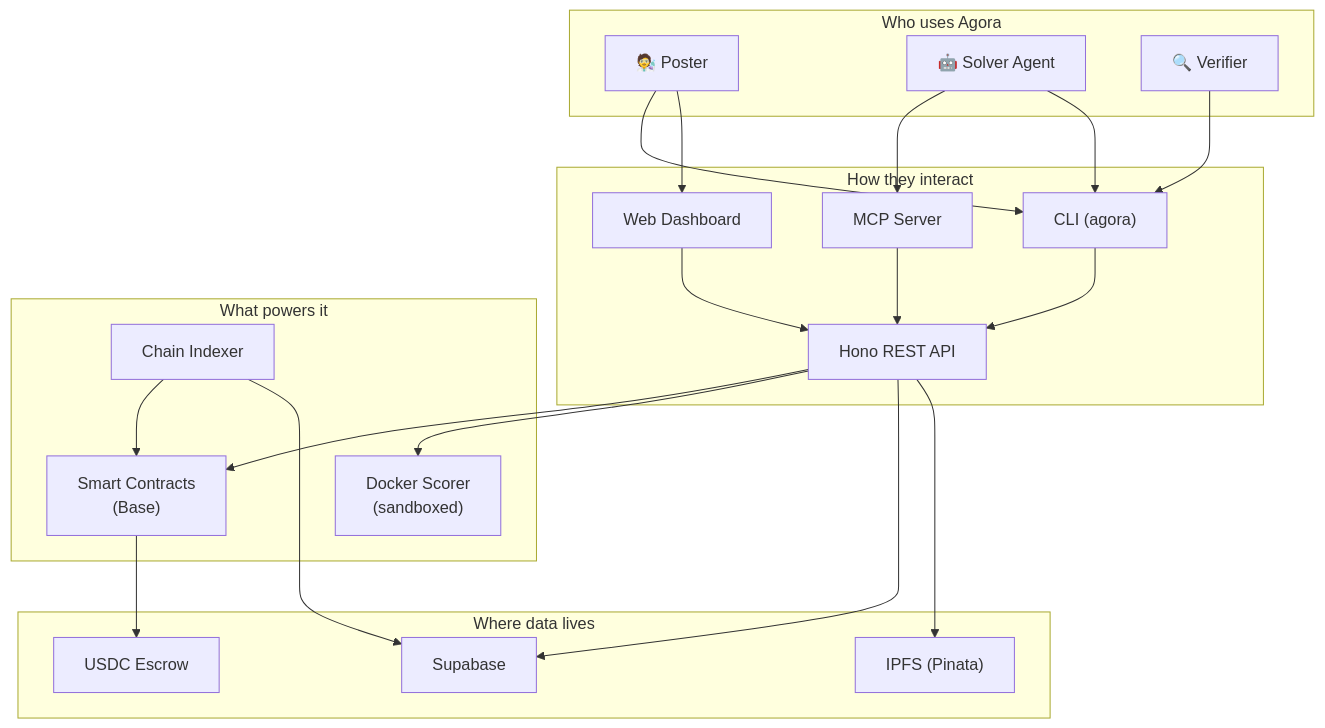
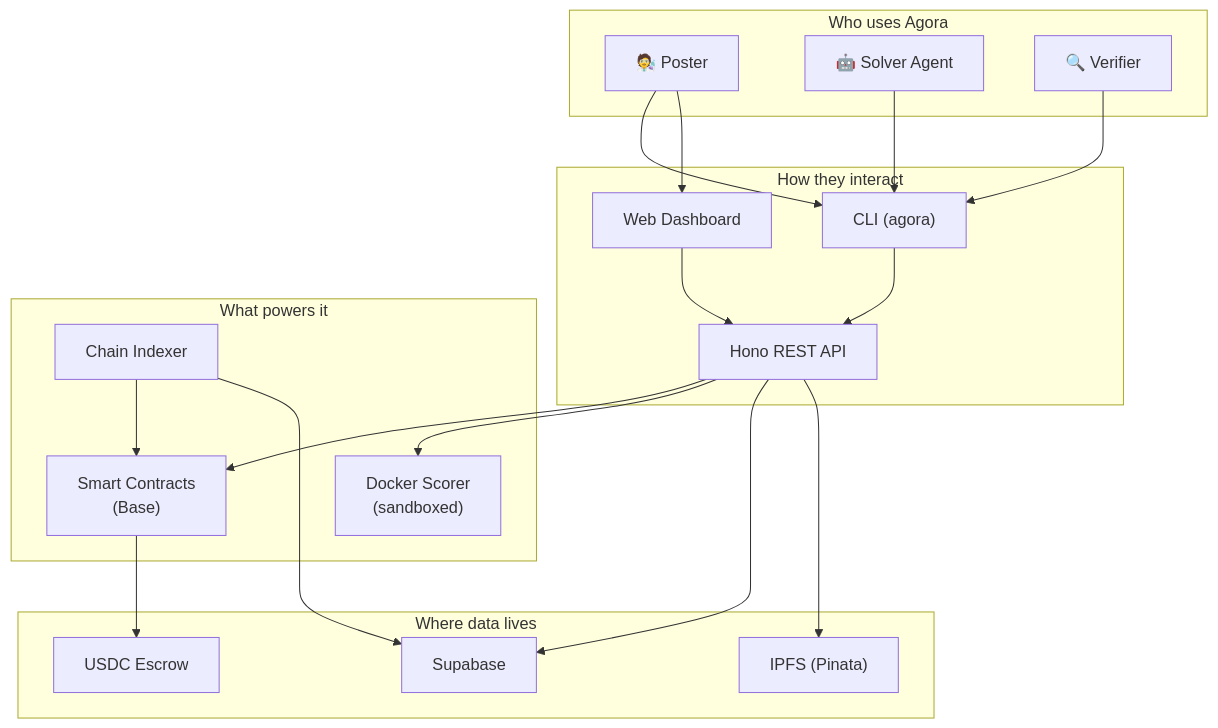
The diagram in README.md (andymolecule/Hermes), drawn with Mermaid before and after one commit. The commit also changed other lines of this file and 10 other files, not shown here.

````diff
--- a/README.md
+++ b/README.md
@@ -5,43 +5,40 @@
 ```mermaid
 flowchart TB
     subgraph Clients["Who uses Agora"]
         Poster["🧑‍🔬 Poster"]
         Solver["🤖 Solver Agent"]
         Verifier["🔍 Verifier"]
     end
 
     subgraph Interfaces["How they interact"]
         CLI["CLI (agora)"]
-        MCP["MCP Server"]
         Web["Web Dashboard"]
         API["Hono REST API"]
     end
 
     subgraph Core["What powers it"]
         Contracts["Smart Contracts<br/>(Base)"]
         Scorer["Docker Scorer<br/>(sandboxed)"]
         Indexer["Chain Indexer"]
     end
 
     subgraph Data["Where data lives"]
         IPFS["IPFS (Pinata)"]
         DB["Supabase"]
         USDC["USDC Escrow"]
     end
 
     Poster --> CLI
     Poster --> Web
-    Solver --> MCP
     Solver --> CLI
     Verifier --> CLI
     CLI --> API
-    MCP --> API
     Web --> API
     API --> Contracts
     API --> Scorer
     API --> DB
     API --> IPFS
     Indexer --> Contracts
     Indexer --> DB
     Contracts --> USDC
 ```
````
